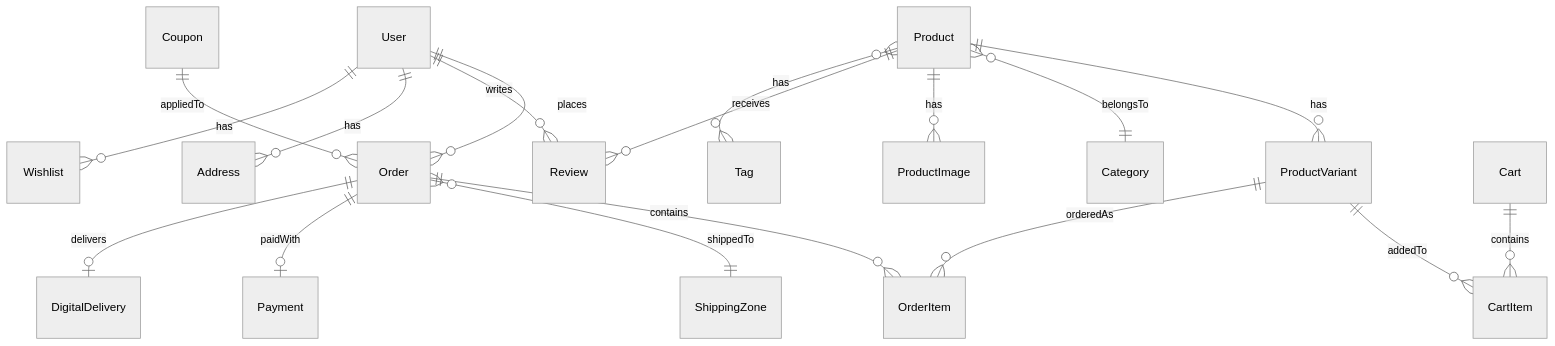
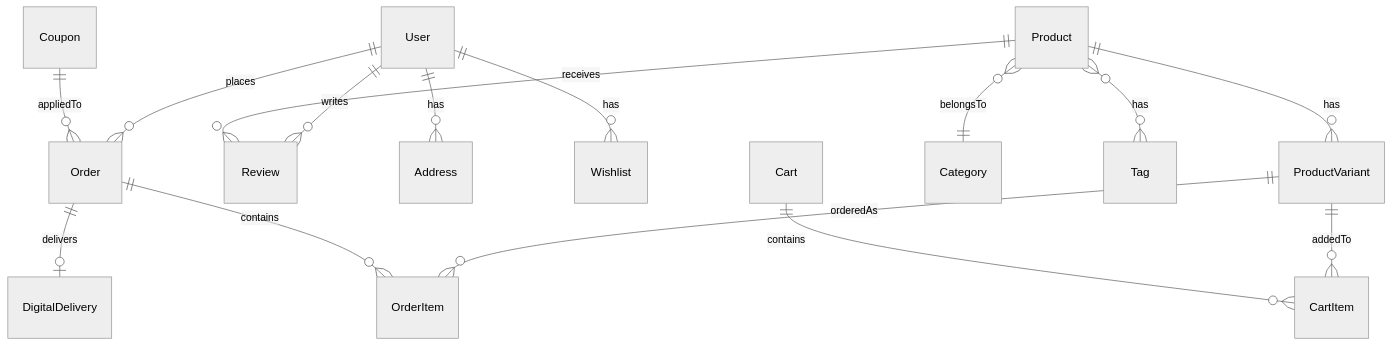
One commit to zalar2202/logashop-app changed the diagram in docs/DATA_MODELS.md. Above: the diagram before and after it, drawn with Mermaid (neutral theme). The commit also changed other lines of this file and 35 other files, not shown here.

````diff
--- a/docs/DATA_MODELS.md
+++ b/docs/DATA_MODELS.md
@@ -9,25 +10,22 @@
 ```mermaid
 erDiagram
     User ||--o{ Order : places
     User ||--o{ Review : writes
     User ||--o{ Address : has
     User ||--o{ Wishlist : has
 
     Product ||--o{ ProductVariant : has
     Product }o--|| Category : belongsTo
-    Product ||--o{ ProductImage : has
     Product ||--o{ Review : receives
     Product }o--o{ Tag : has
 
     ProductVariant ||--o{ CartItem : addedTo
     ProductVariant ||--o{ OrderItem : orderedAs
 
     Order ||--o{ OrderItem : contains
-    Order }o--|| ShippingZone : shippedTo
-    Order ||--o| Payment : paidWith
     Order ||--o| DigitalDelivery : delivers
 
     Cart ||--o{ CartItem : contains
 
     Coupon ||--o{ Order : appliedTo
 ```
````
